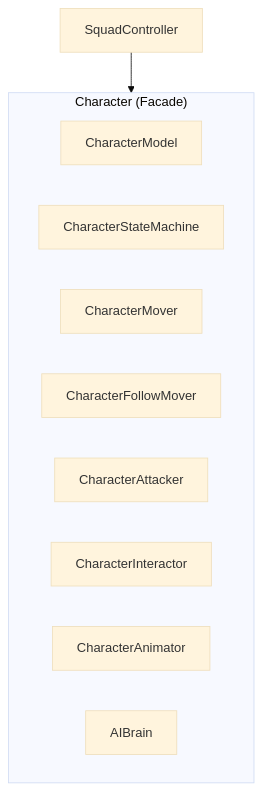
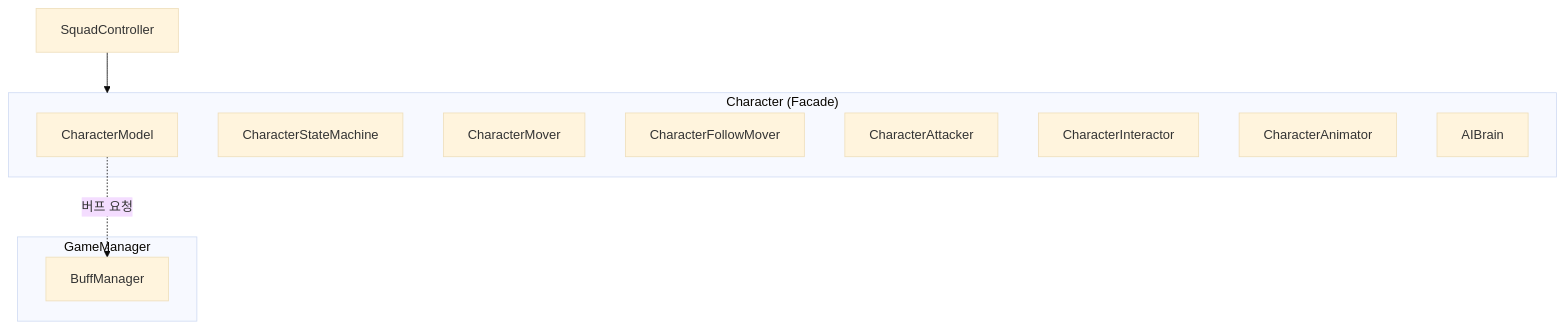
The tenth of 16 diagrams in README.md (ProgramingLanguageStudy/Project-Starfall), drawn with Mermaid (base theme) before and after one commit. The commit also changed other lines of this file, not shown here.

````diff
--- a/README.md
+++ b/README.md
@@ -516,16 +516,21 @@
 ```mermaid
 flowchart TB
+    subgraph GlobalManagers["GameManager"]
+        BuffManager
+    end
+
     subgraph Character["Character (Facade)"]
         Model["CharacterModel"]
         StateMachine["CharacterStateMachine"]
         Mover["CharacterMover"]
         FollowMover["CharacterFollowMover"]
         Attacker["CharacterAttacker"]
         Interactor["CharacterInteractor"]
         Animator["CharacterAnimator"]
         AIBrain["AIBrain"]
     end
 
     Squad["SquadController"]
     Squad --> Character
+    Model -.->|버프 요청| BuffManager
 ```
````
